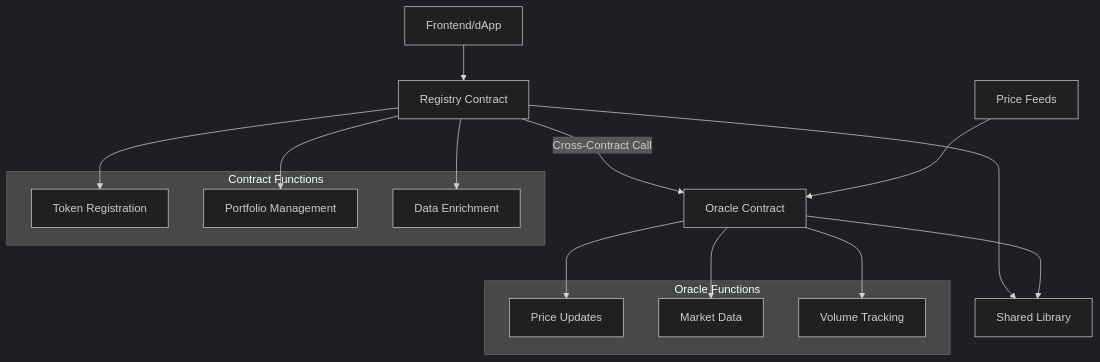
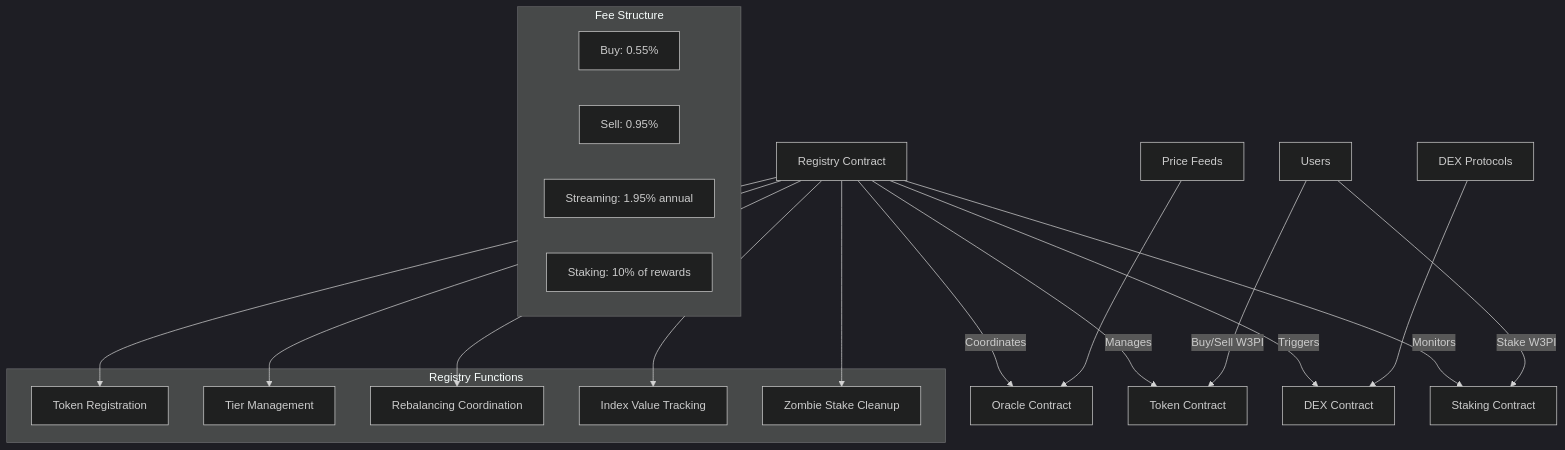
One commit to 8tropos/VRCI changed the diagram in README.md. Above: the diagram before and after it, drawn with Mermaid (dark theme). The commit also changed other lines of this file, not shown here.

````diff
--- a/README.md
+++ b/README.md
@@ -21,27 +22,32 @@
 ```mermaid
 graph TB
-    A[Registry Contract] -->|Cross-Contract Call| B[Oracle Contract]
-    A --> C[Shared Library]
-    B --> C
-    D[Frontend/dApp] --> A
-    E[Price Feeds] --> B
+    A[Registry Contract] -->|Coordinates| B[Oracle Contract]
+    A -->|Manages| C[Token Contract]
+    A -->|Triggers| D[DEX Contract]
+    A -->|Monitors| E[Staking Contract]
+    F[Users] -->|Buy/Sell W3PI| C
+    F -->|Stake W3PI| E
+    G[Price Feeds] --> B
+    H[DEX Protocols] --> D
 
-    subgraph "Contract Functions"
+    subgraph "Registry Functions"
         A1[Token Registration]
-        A2[Portfolio Management]
-        A3[Data Enrichment]
+        A2[Tier Management]
+        A3[Rebalancing Coordination]
+        A4[Index Value Tracking]
+        A5[Zombie Stake Cleanup]
     end
 
-    subgraph "Oracle Functions"
-        B1[Price Updates]
-        B2[Market Data]
-        B3[Volume Tracking]
+    subgraph "Fee Structure"
+        F1[Buy: 0.55%]
+        F2[Sell: 0.95%]
+        F3[Streaming: 1.95% annual]
+        F4[Staking: 10% of rewards]
     end
 
     A --> A1
     A --> A2
     A --> A3
-    B --> B1
-    B --> B2
-    B --> B3
+    A --> A4
+    A --> A5
 ```
````
